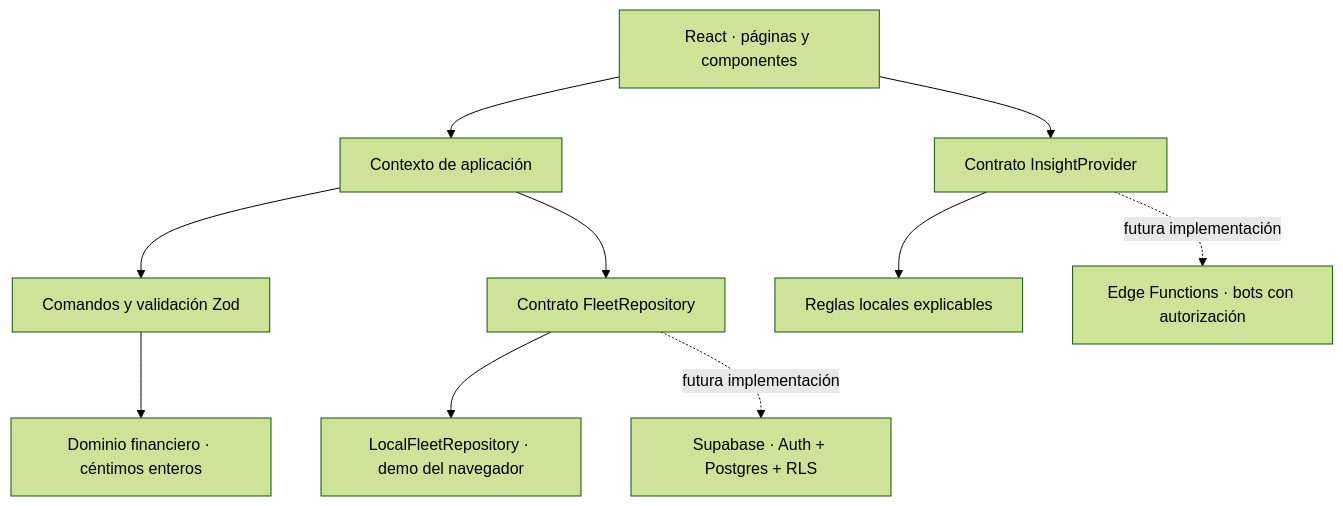
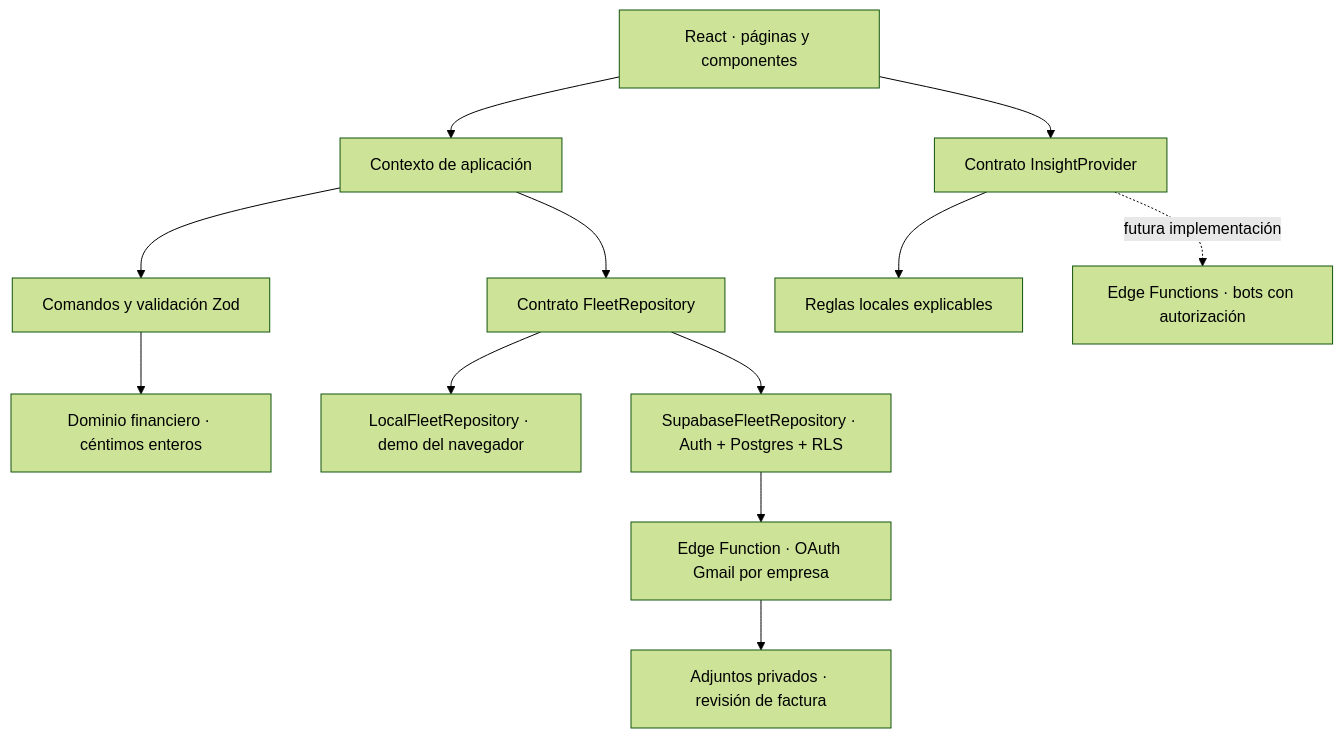
The diagram in docs/ARCHITECTURE.md (smartscaneuskadi/TruckControl-AI), drawn with Mermaid (forest theme) before and after one commit. The commit also changed other lines of this file and 43 other files, not shown here.

Commit message:
feat: add company accounts, private documents and per-company Gmail OAuth

````diff
--- a/docs/ARCHITECTURE.md
+++ b/docs/ARCHITECTURE.md
@@ -5,12 +5,14 @@
 ```mermaid
 flowchart TD
   UI[React · páginas y componentes] --> APP[Contexto de aplicación]
   APP --> CMD[Comandos y validación Zod]
   CMD --> DOMAIN[Dominio financiero · céntimos enteros]
   APP --> REPO[Contrato FleetRepository]
   REPO --> LOCAL[LocalFleetRepository · demo del navegador]
-  REPO -. futura implementación .-> SUPA[Supabase · Auth + Postgres + RLS]
+  REPO --> SUPA[SupabaseFleetRepository · Auth + Postgres + RLS]
+  SUPA --> GMAIL[Edge Function · OAuth Gmail por empresa]
+  GMAIL --> REVIEW[Adjuntos privados · revisión de factura]
   UI --> ANALYSIS[Contrato InsightProvider]
   ANALYSIS --> RULES[Reglas locales explicables]
   ANALYSIS -. futura implementación .-> BOTS[Edge Functions · bots con autorización]
 ```
````
